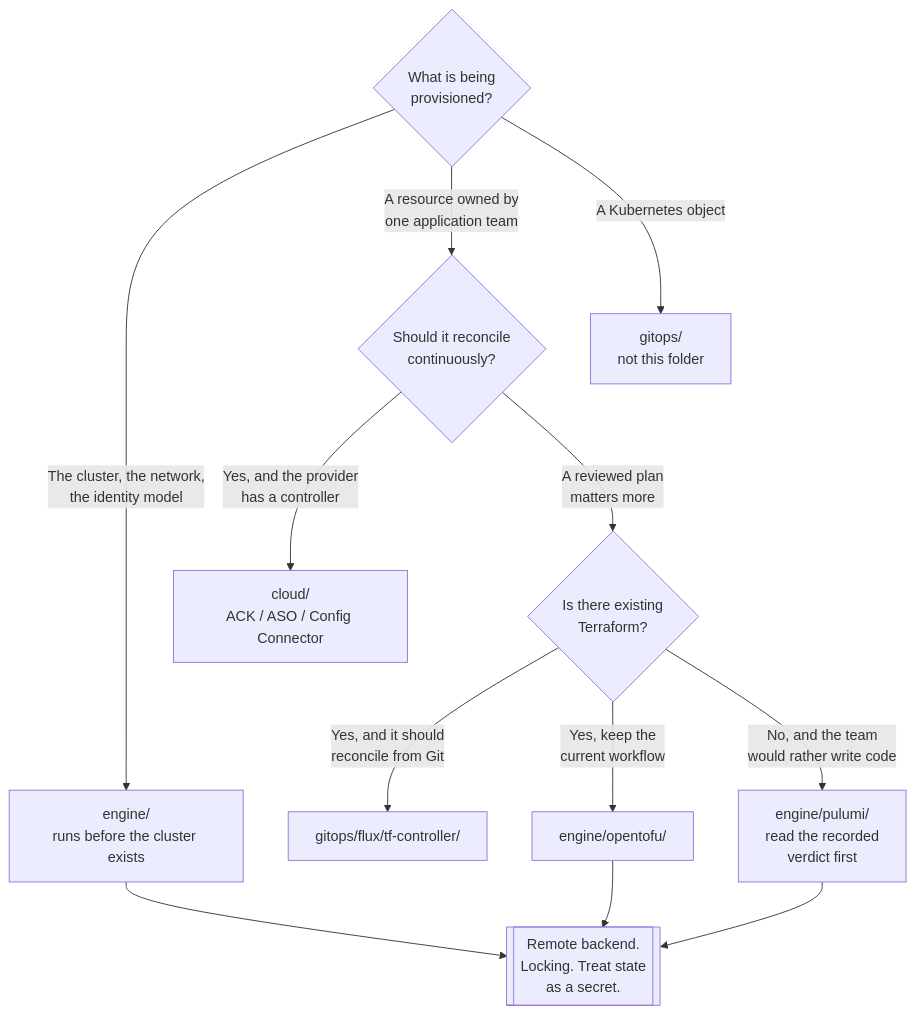
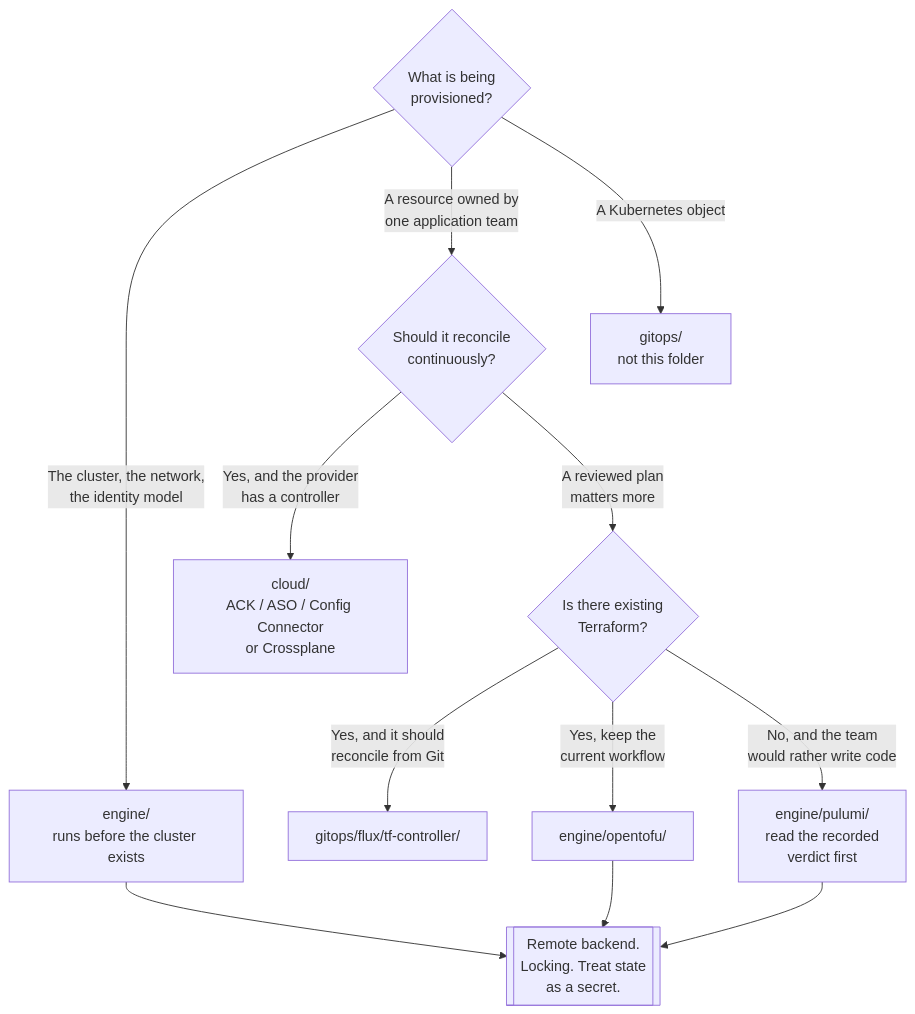
Before and after one commit to andreyolv/pikakube: the diagram in infrastructure/platform-engineering/iac/README.md, drawn with Mermaid. The commit also changed other lines of this file and 52 other files, not shown here.

Commit message:
add mlflow-chart tests

````diff
--- a/infrastructure/platform-engineering/iac/README.md
+++ b/infrastructure/platform-engineering/iac/README.md
@@ -104,21 +104,21 @@
 ```mermaid
 flowchart TD
     START{What is being<br/>provisioned?}
 
     START -->|The cluster, the network,<br/>the identity model| ENG[engine/<br/>runs before the cluster exists]
     START -->|A resource owned by<br/>one application team| Q1
     START -->|A Kubernetes object| GO[gitops/<br/>not this folder]
 
     Q1{Should it reconcile<br/>continuously?}
-    Q1 -->|Yes, and the provider<br/>has a controller| CLOUD[cloud/<br/>ACK / ASO / Config Connector]
+    Q1 -->|Yes, and the provider<br/>has a controller| CLOUD[cloud/<br/>ACK / ASO / Config Connector<br/>or Crossplane]
     Q1 -->|A reviewed plan<br/>matters more| Q2
 
     Q2{Is there existing<br/>Terraform?}
     Q2 -->|Yes, and it should<br/>reconcile from Git| TFC[gitops/flux/tf-controller/]
     Q2 -->|Yes, keep the<br/>current workflow| TOFU[engine/opentofu/]
     Q2 -->|No, and the team<br/>would rather write code| PUL[engine/pulumi/<br/>read the recorded<br/>verdict first]
 
     ENG --> STATE[[Remote backend.<br/>Locking. Treat state<br/>as a secret.]]
     TOFU --> STATE
     PUL --> STATE
 ```
````
